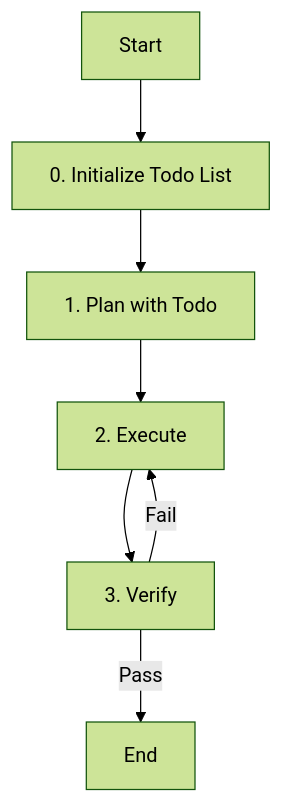
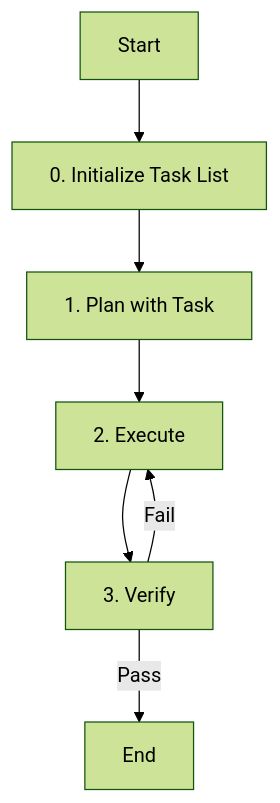
One commit to ksm0709/dotfiles changed the diagram in opencode/config/templates/agent-template.md. Above: the diagram before and after it, drawn with Mermaid (forest theme). The commit also changed other lines of this file and 9 other files, not shown here.

````diff
--- a/opencode/config/templates/agent-template.md
+++ b/opencode/config/templates/agent-template.md
@@ -36,9 +35,9 @@
 ```mermaid
 graph TD
-    Start[Start] --> Init[0. Initialize Todo List]
-    Init --> Plan[1. Plan with Todo]
+    Start[Start] --> Init[0. Initialize Task List]
+    Init --> Plan[1. Plan with Task]
     Plan --> Execute[2. Execute]
     Execute --> Verify[3. Verify]
     Verify -- Fail --> Execute
     Verify -- Pass --> End[End]
 ```
````
